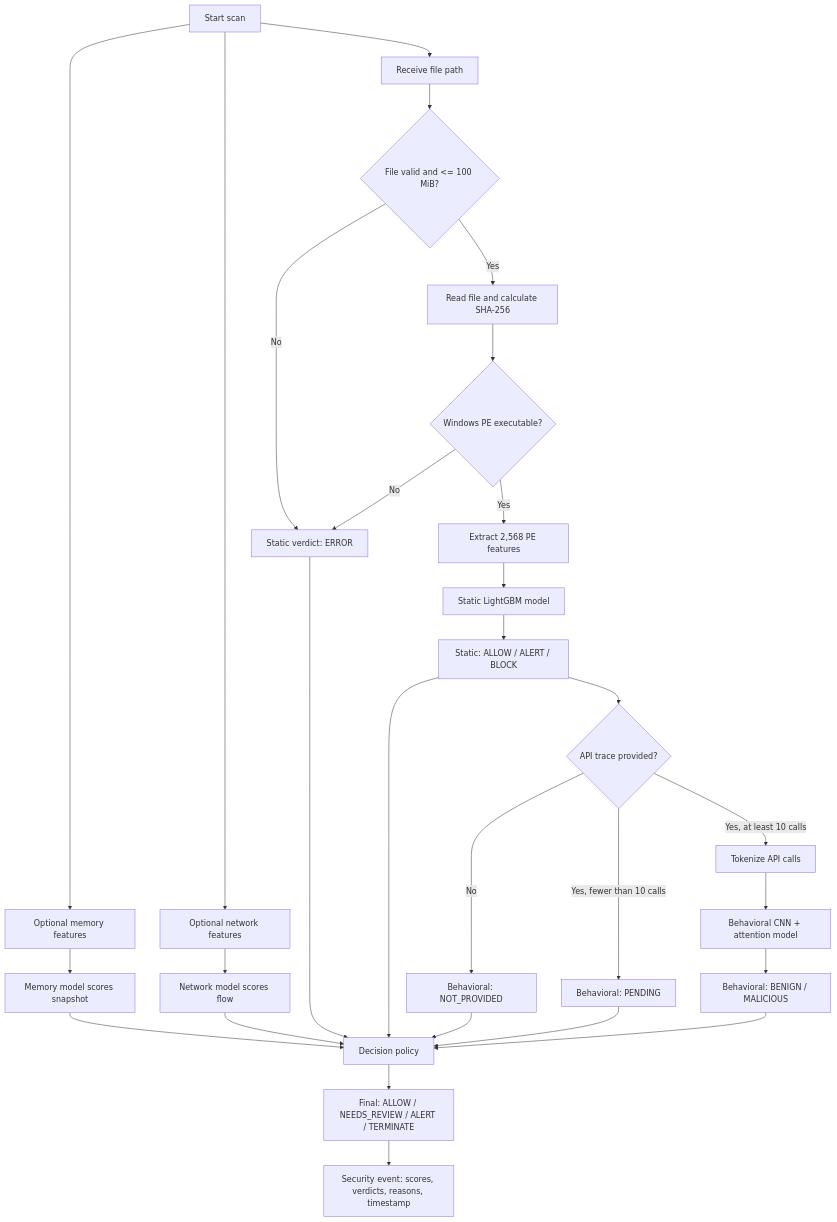
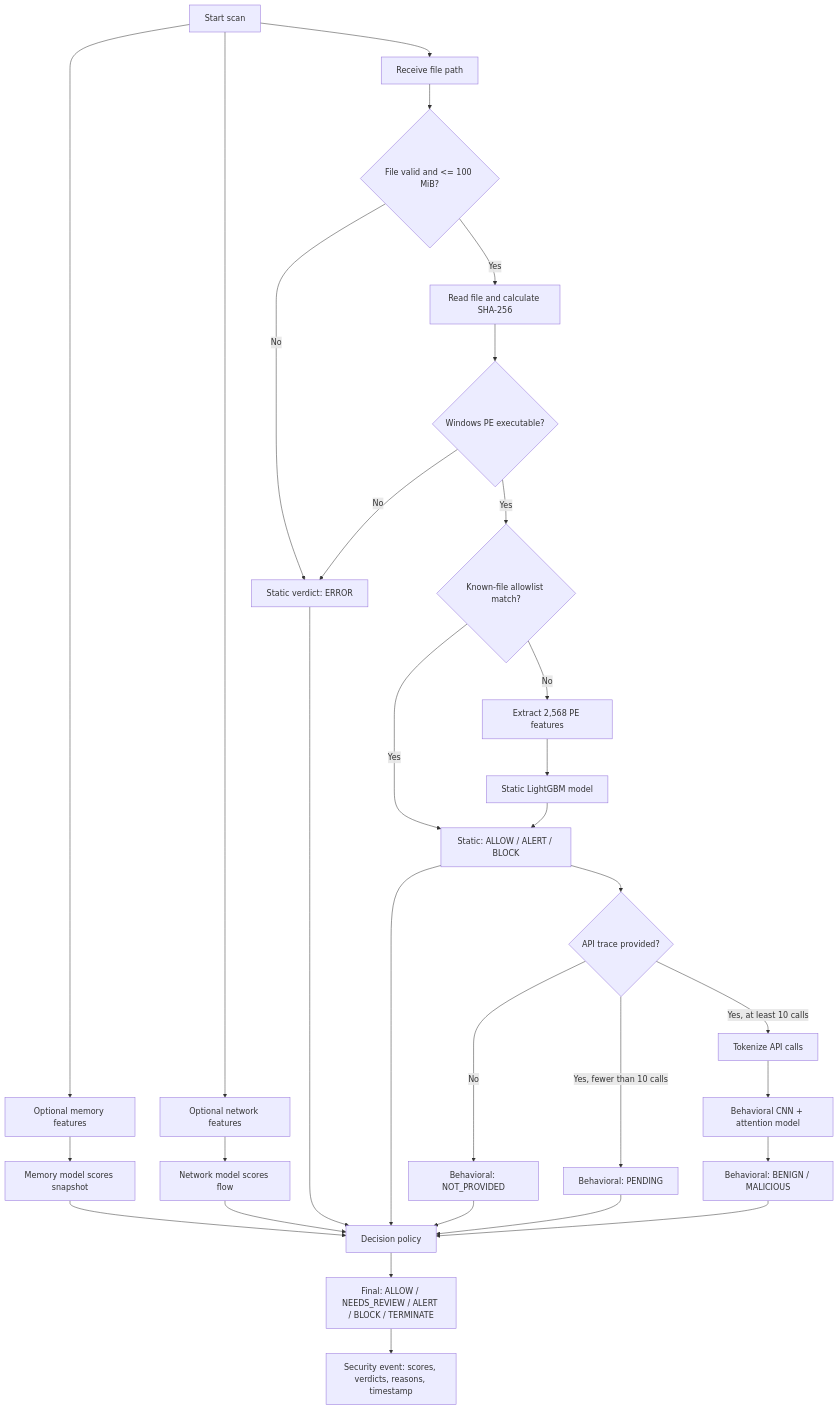
One commit to raghav-works/edr-ml changed the second of 3 diagrams in ARCHITECTURE.md. Above: the diagram before and after it, drawn with Mermaid. The commit also changed other lines of this file and 7 other files, not shown here.

````diff
--- a/ARCHITECTURE.md
+++ b/ARCHITECTURE.md
@@ -62,35 +78,37 @@
 ```mermaid
 flowchart TD
     A[Start scan] --> B[Receive file path]
     A --> M[Optional memory features]
     A --> N[Optional network features]
 
     M --> M1[Memory model scores snapshot]
     N --> N1[Network model scores flow]
     M1 --> D[Decision policy]
     N1 --> D
 
     B --> C{File valid and <= 100 MiB?}
     C -->|No| E[Static verdict: ERROR]
     C -->|Yes| F[Read file and calculate SHA-256]
     F --> G{Windows PE executable?}
     G -->|No| E
-    G -->|Yes| H[Extract 2,568 PE features]
+    G -->|Yes| AL{Known-file allowlist match?}
+    AL -->|Yes| J
+    AL -->|No| H[Extract 2,568 PE features]
     H --> I[Static LightGBM model]
     I --> J[Static: ALLOW / ALERT / BLOCK]
 
     J --> K{API trace provided?}
     K -->|No| L[Behavioral: NOT_PROVIDED]
     K -->|Yes, fewer than 10 calls| P[Behavioral: PENDING]
     K -->|Yes, at least 10 calls| Q[Tokenize API calls]
     Q --> R[Behavioral CNN + attention model]
     R --> S[Behavioral: BENIGN / MALICIOUS]
 
     E --> D
     J --> D
     L --> D
     P --> D
     S --> D
-    D --> T[Final: ALLOW / NEEDS_REVIEW / ALERT / TERMINATE]
+    D --> T[Final: ALLOW / NEEDS_REVIEW / ALERT / BLOCK / TERMINATE]
     T --> U[Security event: scores, verdicts, reasons, timestamp]
 ```
````
